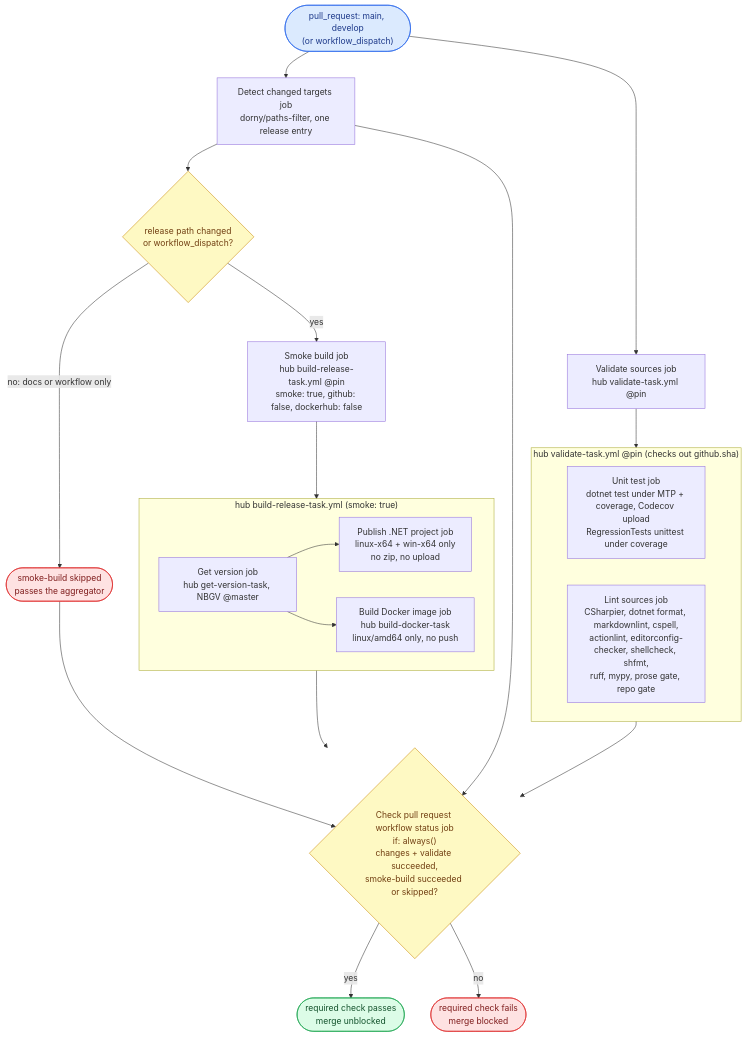
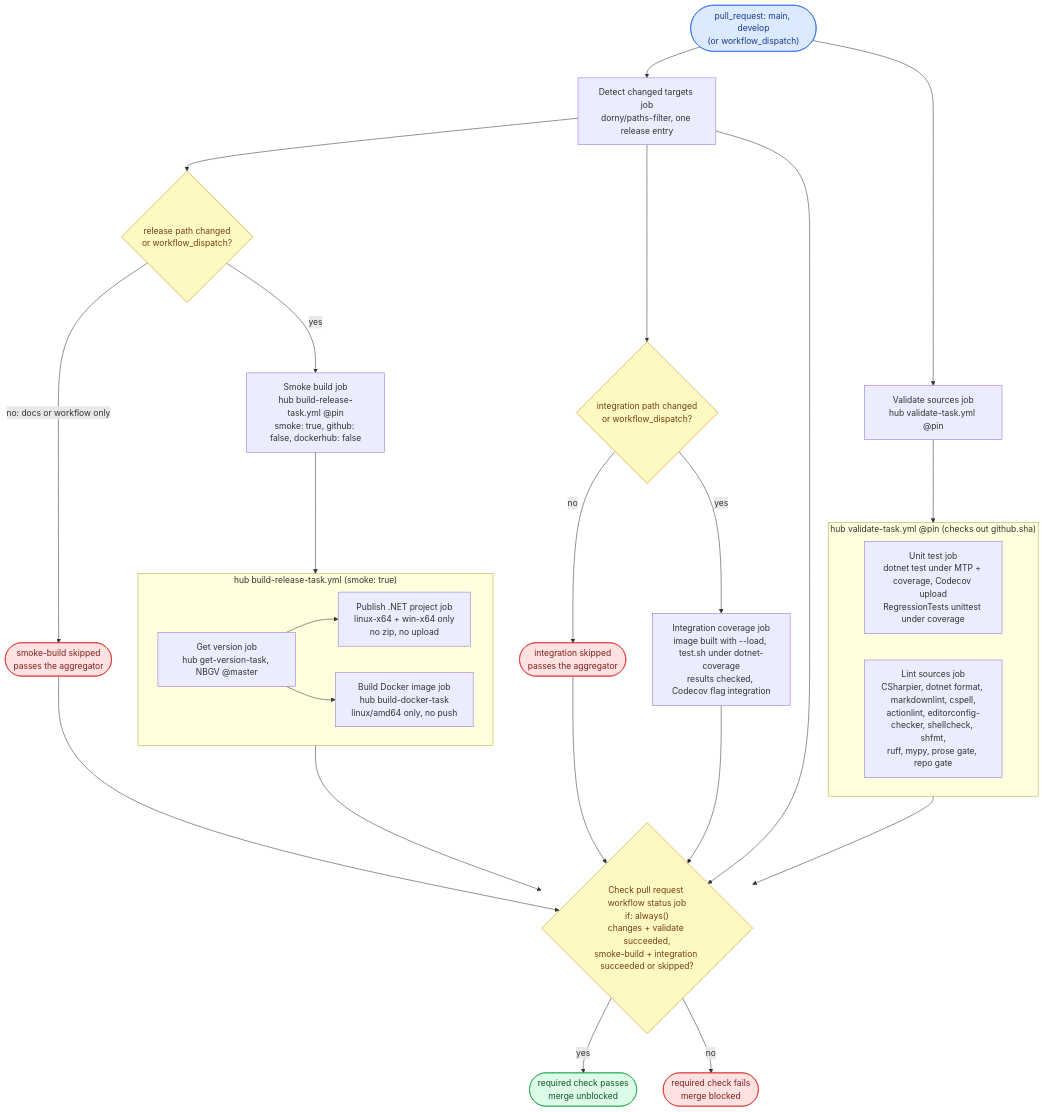
Before and after one commit to ptr727/PlexCleaner: the first of 3 diagrams in WORKFLOW.md, drawn with Mermaid. The commit also changed other lines of this file and 13 other files, not shown here.

First line of the commit message:
Add a CI Integration Coverage Job over a Synthetic Corpus

````diff
--- a/WORKFLOW.md
+++ b/WORKFLOW.md
@@ -219,30 +222,35 @@
 ```mermaid
 flowchart TD
     T(["pull_request: main, develop<br/>(or workflow_dispatch)"]):::trig
     T --> C["Detect changed targets job<br/>dorny/paths-filter, one release entry"]
     T --> V["Validate sources job<br/>hub validate-task.yml @pin"]
     C --> F{"release path changed<br/>or workflow_dispatch?"}:::gate
     F -- "no: docs or workflow only" --> SK(["smoke-build skipped<br/>passes the aggregator"]):::stop
     F -- "yes" --> S["Smoke build job<br/>hub build-release-task.yml @pin<br/>smoke: true, github: false, dockerhub: false"]
+    C --> FI{"integration path changed<br/>or workflow_dispatch?"}:::gate
+    FI -- "no" --> ISK(["integration skipped<br/>passes the aggregator"]):::stop
+    FI -- "yes" --> I["Integration coverage job<br/>image built with --load, test.sh under dotnet-coverage<br/>results checked, Codecov flag integration"]
     subgraph VT ["hub validate-task.yml @pin (checks out github.sha)"]
         U["Unit test job<br/>dotnet test under MTP + coverage, Codecov upload<br/>RegressionTests unittest under coverage"]
         L["Lint sources job<br/>CSharpier, dotnet format, markdownlint, cspell,<br/>actionlint, editorconfig-checker, shellcheck, shfmt,<br/>ruff, mypy, prose gate, repo gate"]
     end
     V --> VT
     subgraph BRTS ["hub build-release-task.yml (smoke: true)"]
         GVS["Get version job<br/>hub get-version-task, NBGV @master"] --> SE["Publish .NET project job<br/>linux-x64 + win-x64 only<br/>no zip, no upload"]
         GVS --> SD["Build Docker image job<br/>hub build-docker-task<br/>linux/amd64 only, no push"]
     end
     S --> BRTS
     C --> A
     VT --> A
     BRTS --> A
     SK --> A
-    A{"Check pull request workflow status job<br/>if: always()<br/>changes + validate succeeded,<br/>smoke-build succeeded or skipped?"}:::gate
+    I --> A
+    ISK --> A
+    A{"Check pull request workflow status job<br/>if: always()<br/>changes + validate succeeded,<br/>smoke-build + integration succeeded or skipped?"}:::gate
     A -- "yes" --> G(["required check passes<br/>merge unblocked"]):::pub
     A -- "no" --> R(["required check fails<br/>merge blocked"]):::stop
     classDef trig fill:#dbeafe,stroke:#2563eb,color:#1e3a8a
     classDef gate fill:#fef9c3,stroke:#ca8a04,color:#713f12
     classDef pub fill:#dcfce7,stroke:#16a34a,color:#14532d
     classDef stop fill:#fee2e2,stroke:#dc2626,color:#7f1d1d
 ```
````
